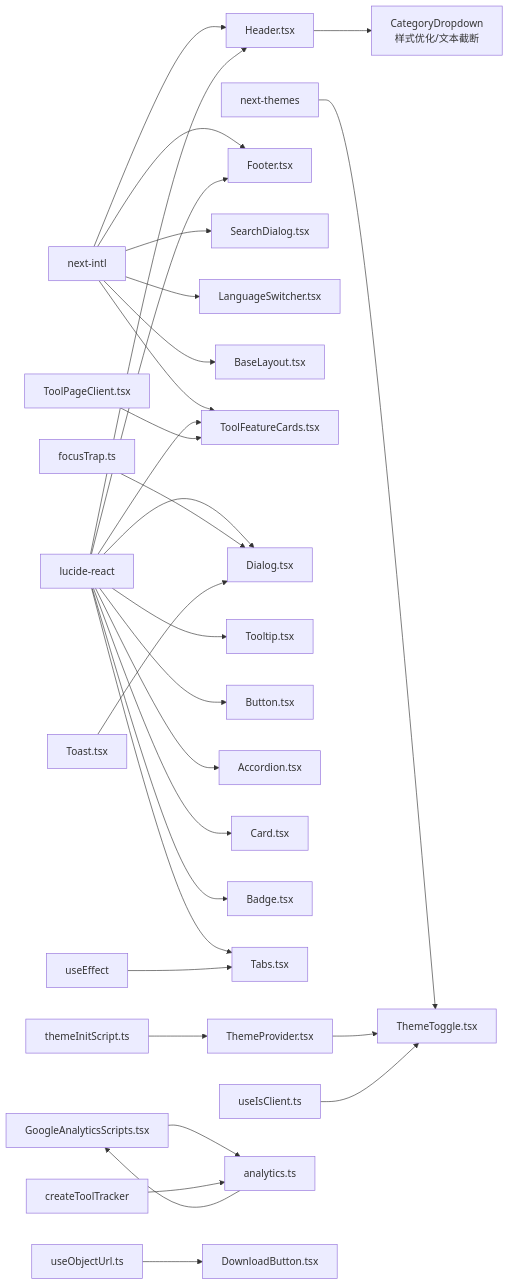
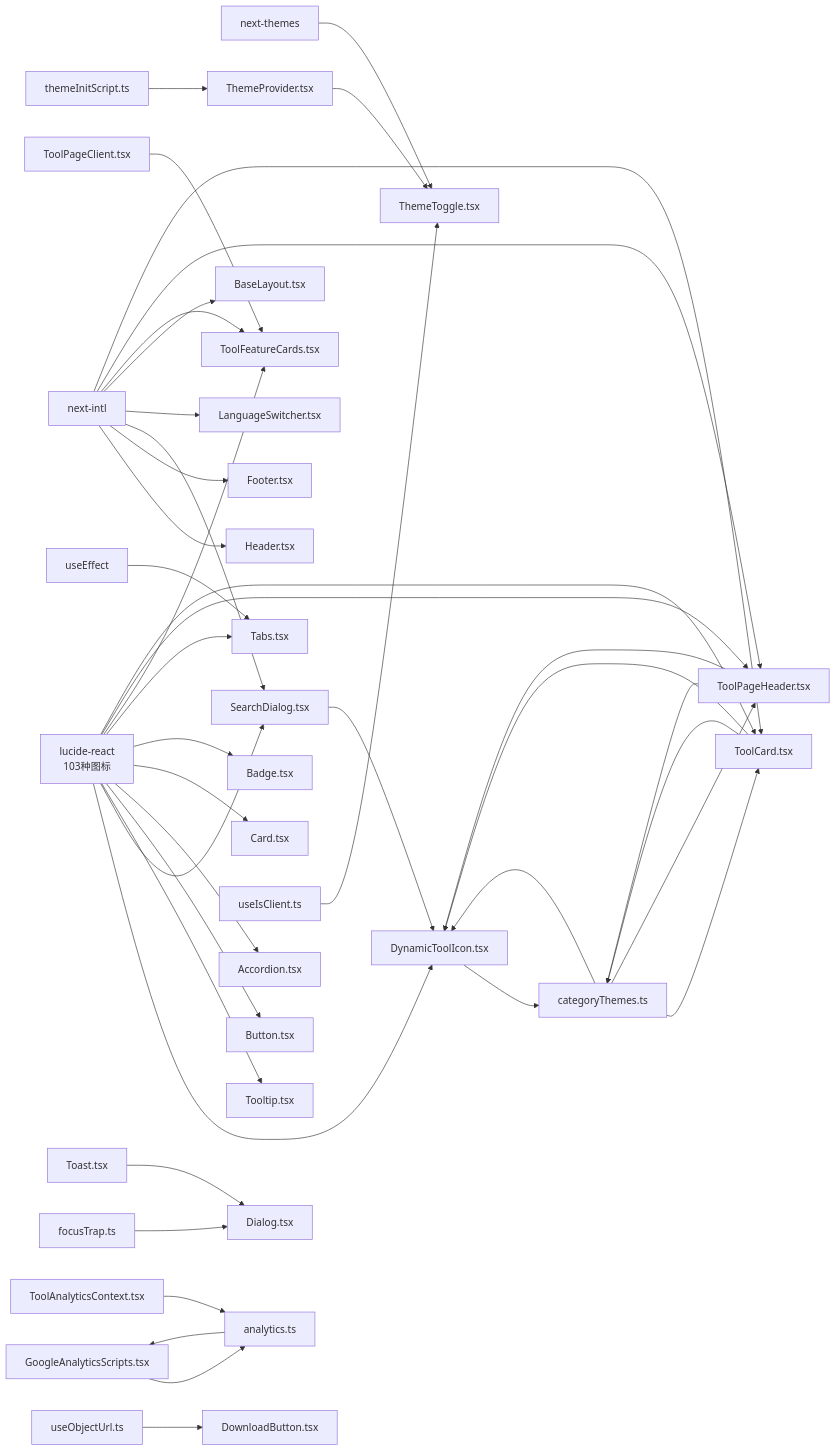
Diagram 12 of 12 in .qoder/repowiki/zh/content/UI组件系统/UI组件系统.md (sgyy/privadeck), drawn with Mermaid before and after one commit. The commit also changed other lines of this file and 7 other files, not shown here.

````diff
--- a/.qoder/repowiki/zh/content/UI组件系统/UI组件系统.md
+++ b/.qoder/repowiki/zh/content/UI组件系统/UI组件系统.md
@@ -1100,32 +1393,43 @@
 ```mermaid
 graph LR
 NTP["next-themes"] --> TMT["ThemeToggle.tsx"]
 NTL["next-intl"] --> HDR["Header.tsx"]
 NTL --> FTR["Footer.tsx"]
 NTL --> SDI["SearchDialog.tsx"]
 NTL --> LSW["LanguageSwitcher.tsx"]
 NTL --> BL["BaseLayout.tsx"]
 NTL --> TFC["ToolFeatureCards.tsx"]
-LCR["lucide-react"] --> HDR
-LCR --> FTR
-LCR --> DLG["Dialog.tsx"]
+NTL --> TPH["ToolPageHeader.tsx"]
+NTL --> TC["ToolCard.tsx"]
+LCR["lucide-react<br/>103种图标"] --> DTI["DynamicToolIcon.tsx"]
+LCR --> SDI
 LCR --> TTP["Tooltip.tsx"]
 LCR --> BTN["Button.tsx"]
 LCR --> ACC["Accordion.tsx"]
 LCR --> CAR["Card.tsx"]
 LCR --> BAD["Badge.tsx"]
 LCR --> TAB["Tabs.tsx"]
 LCR --> TFC
-FT["focusTrap.ts"] --> DLG
+LCR --> TPH
+LCR --> TC
+FT["focusTrap.ts"] --> DLG["Dialog.tsx"]
 TST["Toast.tsx"] --> DLG
 TPR["ThemeProvider.tsx"] --> TMT
 TIS["themeInitScript.ts"] --> TPR
 UIC["useIsClient.ts"] --> TMT
 GAS["GoogleAnalyticsScripts.tsx"] --> ANL["analytics.ts"]
 UOU["useObjectUrl.ts"] --> DNB["DownloadButton.tsx"]
 TPC["ToolPageClient.tsx"] --> TFC
 UE["useEffect"] --> TAB
 ANL["analytics.ts"] --> GAS
-CTF["createToolTracker"] --> ANL
-HDR --> CD["CategoryDropdown<br/>样式优化/文本截断"]
+TAC["ToolAnalyticsContext.tsx"] --> ANL
+CTS["categoryThemes.ts"] --> DTI
+CTS --> TC
+CTS --> TPH
+DTI --> CTS
+SDI --> DTI
+TC --> DTI
+TC --> CTS
+TPH --> DTI
+TPH --> CTS
 ```
````
